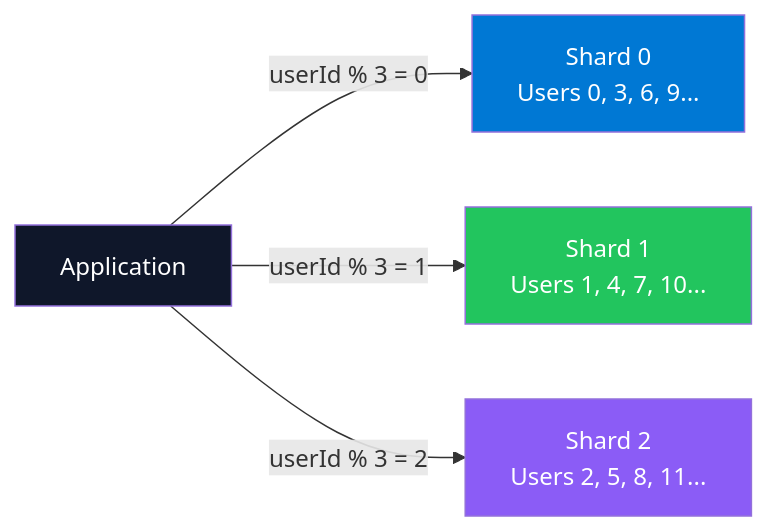
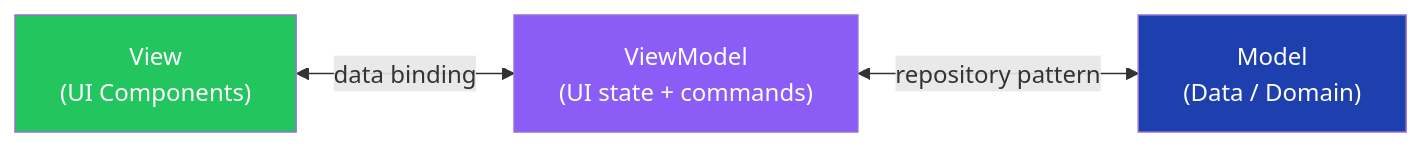
Before and after one commit to rajaghosh/InterviewPrep: the sixth of 34 diagrams in Architechture-Concepts/Description-Questions2-Complete.md, drawn with Mermaid. The commit also changed other lines of this file and 240 other files, not shown here.

````diff
--- a/Architechture-Concepts/Description-Questions2-Complete.md
+++ b/Architechture-Concepts/Description-Questions2-Complete.md
@@ -202,11 +207,12 @@
 ```mermaid
 flowchart LR
-    APP["Application"] -->|"userId % 3 = 0"| SHARD0["Shard 0\nUsers 0, 3, 6, 9..."]
-    APP -->|"userId % 3 = 1"| SHARD1["Shard 1\nUsers 1, 4, 7, 10..."]
-    APP -->|"userId % 3 = 2"| SHARD2["Shard 2\nUsers 2, 5, 8, 11..."]
+    V["View\n(UI Components)"] <-->|"data binding"| VM["ViewModel\n(UI state + commands)"]
+    VM <-->|"repository pattern"| M["Model\n(Data / Domain)"]
 
-    style APP fill:#0f172a,color:#fff
-    style SHARD0 fill:#0078D4,color:#fff
-    style SHARD1 fill:#22c55e,color:#fff
-    style SHARD2 fill:#8b5cf6,color:#fff
+    classDef ui fill:#22c55e,color:#fff
+    classDef vm fill:#8b5cf6,color:#fff
+    classDef data fill:#1e40af,color:#fff
+    class V ui
+    class VM vm
+    class M data
 ```
````
